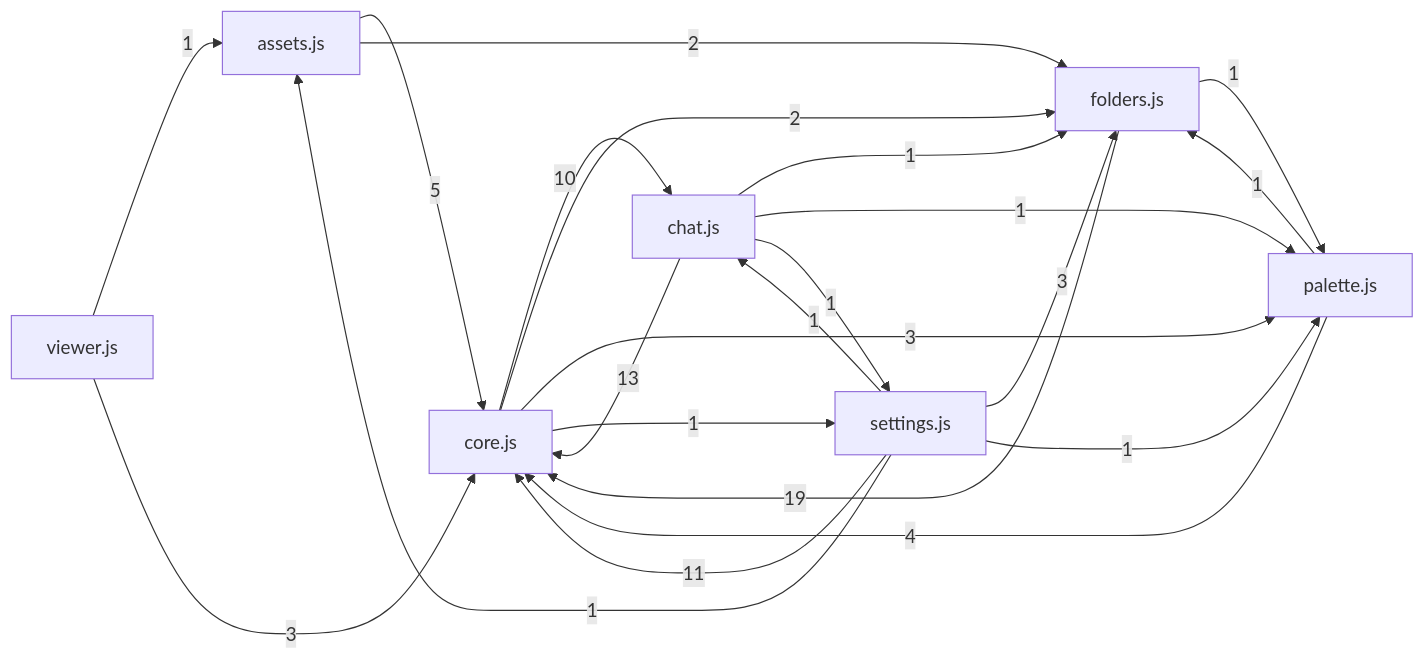
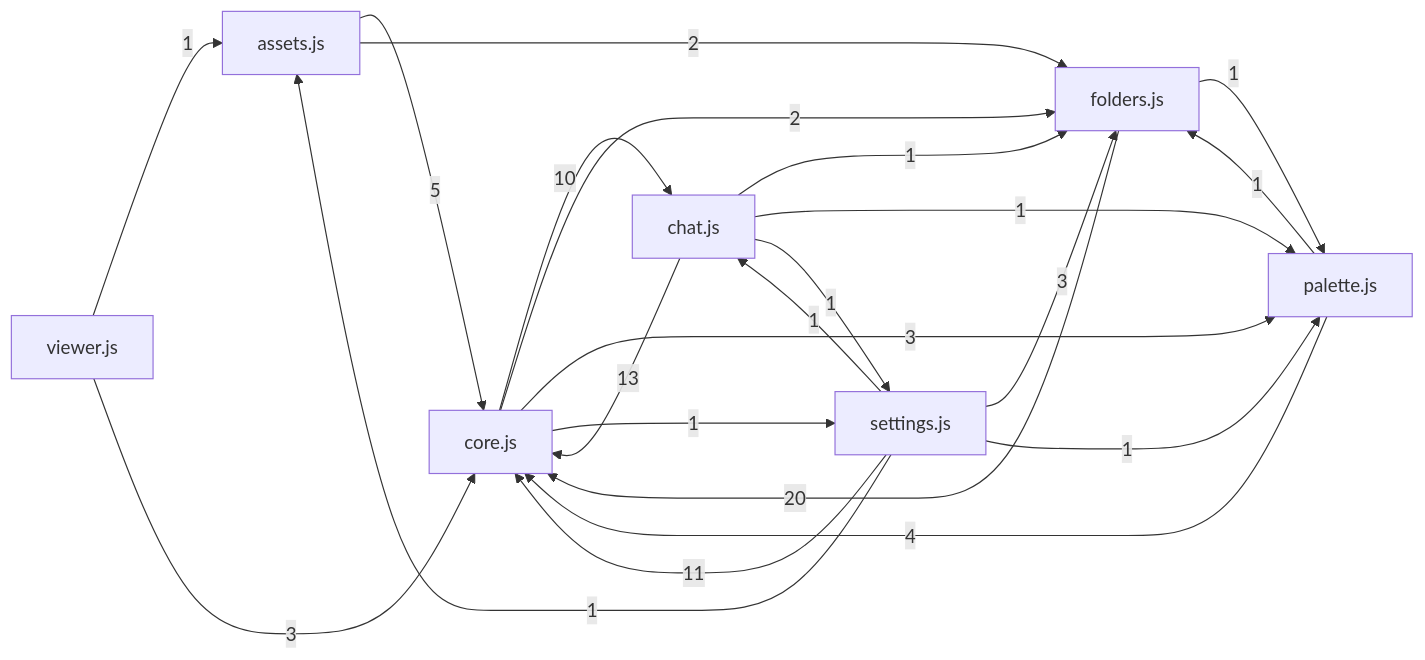
Before and after one commit to Zenginby/kromis: the diagram in docs/graflar/onyuz.md, drawn with Mermaid. The commit also changed other lines of this file and 13 other files, not shown here.

````diff
--- a/docs/graflar/onyuz.md
+++ b/docs/graflar/onyuz.md
@@ -23,24 +23,24 @@
 ```mermaid
 flowchart LR
   n_assets_js["assets.js"] -->|5| n_core_js["core.js"]
   n_assets_js["assets.js"] -->|2| n_folders_js["folders.js"]
   n_chat_js["chat.js"] -->|13| n_core_js["core.js"]
   n_chat_js["chat.js"] -->|1| n_folders_js["folders.js"]
   n_chat_js["chat.js"] -->|1| n_palette_js["palette.js"]
   n_chat_js["chat.js"] -->|1| n_settings_js["settings.js"]
   n_core_js["core.js"] -->|10| n_chat_js["chat.js"]
   n_core_js["core.js"] -->|2| n_folders_js["folders.js"]
   n_core_js["core.js"] -->|3| n_palette_js["palette.js"]
   n_core_js["core.js"] -->|1| n_settings_js["settings.js"]
-  n_folders_js["folders.js"] -->|19| n_core_js["core.js"]
+  n_folders_js["folders.js"] -->|20| n_core_js["core.js"]
   n_folders_js["folders.js"] -->|1| n_palette_js["palette.js"]
   n_palette_js["palette.js"] -->|4| n_core_js["core.js"]
   n_palette_js["palette.js"] -->|1| n_folders_js["folders.js"]
   n_settings_js["settings.js"] -->|1| n_assets_js["assets.js"]
   n_settings_js["settings.js"] -->|1| n_chat_js["chat.js"]
   n_settings_js["settings.js"] -->|11| n_core_js["core.js"]
   n_settings_js["settings.js"] -->|3| n_folders_js["folders.js"]
   n_settings_js["settings.js"] -->|1| n_palette_js["palette.js"]
   n_viewer_js["viewer.js"] -->|1| n_assets_js["assets.js"]
   n_viewer_js["viewer.js"] -->|3| n_core_js["core.js"]
 ```
````
